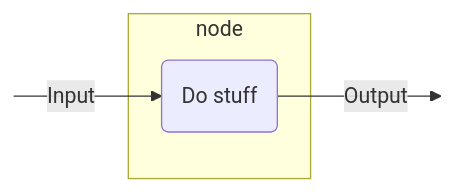
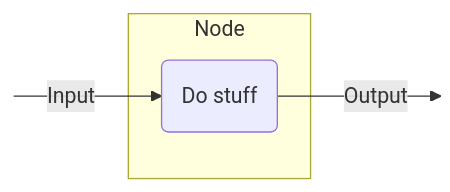
The first of 15 diagrams in docs/docs/nodes-and-components.md (JetBrains/koog), drawn with Mermaid before and after one commit. The commit also changed other lines of this file and 1 other file, not shown here.

````diff
--- a/docs/docs/nodes-and-components.md
+++ b/docs/docs/nodes-and-components.md
@@ -12,13 +12,13 @@
 ```mermaid
 graph LR
     in:::hidden
     out:::hidden
     
-    subgraph node ["node"]
+    subgraph node ["Node"]
         execute(Do stuff)
     end
     
     in --Input--> execute --Output--> out
 
     classDef hidden display: none;
 ```
````
